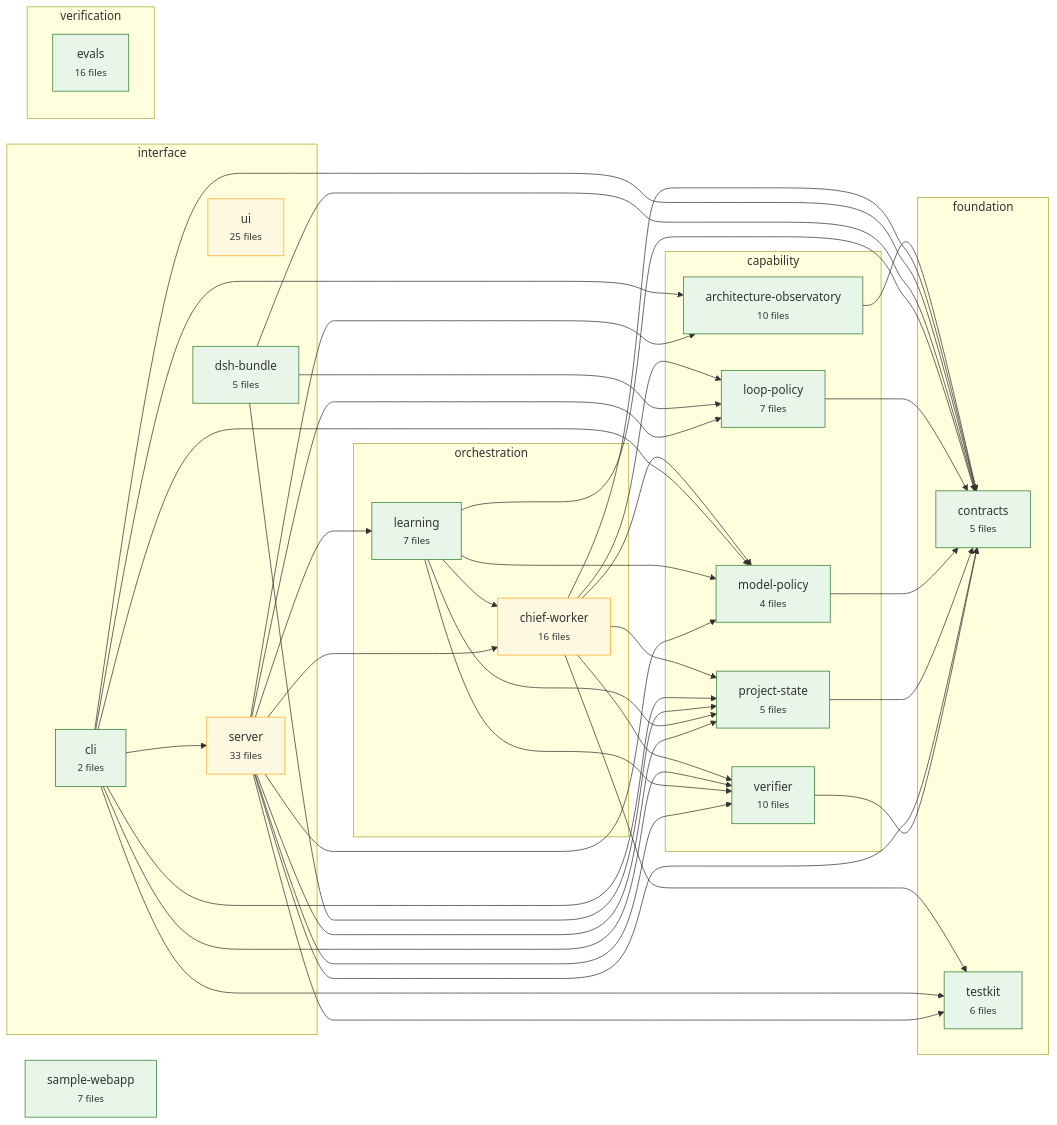
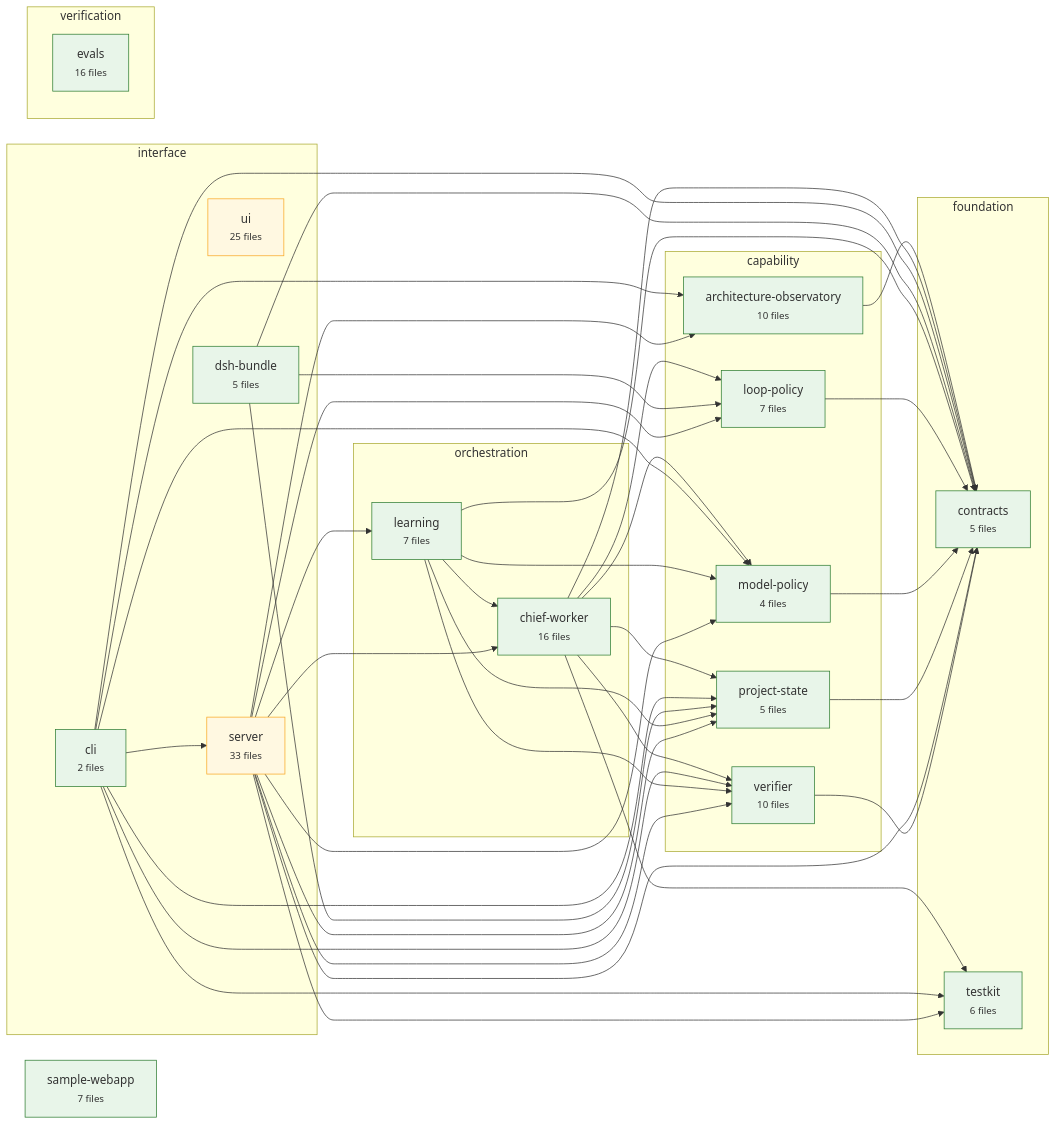
The diagram in .architecture/graph.mmd (CharAzinabulu0079/dgx-super-agent), drawn with Mermaid before and after one commit. The commit also changed 3 other files, not shown here.

```diff
--- a/.architecture/graph.mmd
+++ b/.architecture/graph.mmd
@@ -1,81 +1,81 @@
 flowchart LR
   subgraph layer_foundation["foundation"]
     contracts["contracts<br/><small>5 files</small>"]
     testkit["testkit<br/><small>6 files</small>"]
   end
   subgraph layer_capability["capability"]
     project_state["project-state<br/><small>5 files</small>"]
     verifier["verifier<br/><small>10 files</small>"]
     loop_policy["loop-policy<br/><small>7 files</small>"]
     model_policy["model-policy<br/><small>4 files</small>"]
     architecture_observatory["architecture-observatory<br/><small>10 files</small>"]
   end
   subgraph layer_orchestration["orchestration"]
     learning["learning<br/><small>7 files</small>"]
     chief_worker["chief-worker<br/><small>16 files</small>"]
   end
   subgraph layer_interface["interface"]
     server["server<br/><small>33 files</small>"]
     cli["cli<br/><small>2 files</small>"]
     ui["ui<br/><small>25 files</small>"]
     dsh_bundle["dsh-bundle<br/><small>5 files</small>"]
   end
   subgraph layer_verification["verification"]
     evals["evals<br/><small>16 files</small>"]
   end
   sample_webapp["sample-webapp<br/><small>7 files</small>"]
   architecture_observatory --> contracts
   chief_worker --> contracts
   chief_worker --> loop_policy
   chief_worker --> model_policy
   chief_worker --> project_state
   chief_worker --> testkit
   chief_worker --> verifier
   cli --> architecture_observatory
   cli --> contracts
   cli --> model_policy
   cli --> project_state
   cli --> server
   cli --> testkit
   cli --> verifier
   dsh_bundle --> contracts
   dsh_bundle --> loop_policy
   dsh_bundle --> project_state
   learning --> chief_worker
   learning --> contracts
   learning --> model_policy
   learning --> project_state
   learning --> verifier
   loop_policy --> contracts
   model_policy --> contracts
   project_state --> contracts
   server --> architecture_observatory
   server --> chief_worker
   server --> contracts
   server --> learning
   server --> loop_policy
   server --> model_policy
   server --> project_state
   server --> testkit
   server --> verifier
   verifier --> contracts
   classDef stable fill:#e8f5e9,stroke:#2e7d32
   classDef changing fill:#fff8e1,stroke:#f9a825
   classDef worker_active fill:#e3f2fd,stroke:#1565c0
   classDef gate_failed fill:#ffebee,stroke:#c62828
   classDef protected stroke:#6a1b9a,stroke-width:3px
   class contracts stable
   class testkit stable
   class project_state stable
   class verifier stable
   class loop_policy stable
   class model_policy stable
   class architecture_observatory stable
   class learning stable
-  class chief_worker changing
+  class chief_worker stable
   class server changing
   class cli stable
   class ui changing
   class dsh_bundle stable
   class evals stable
   class sample_webapp stable
```
